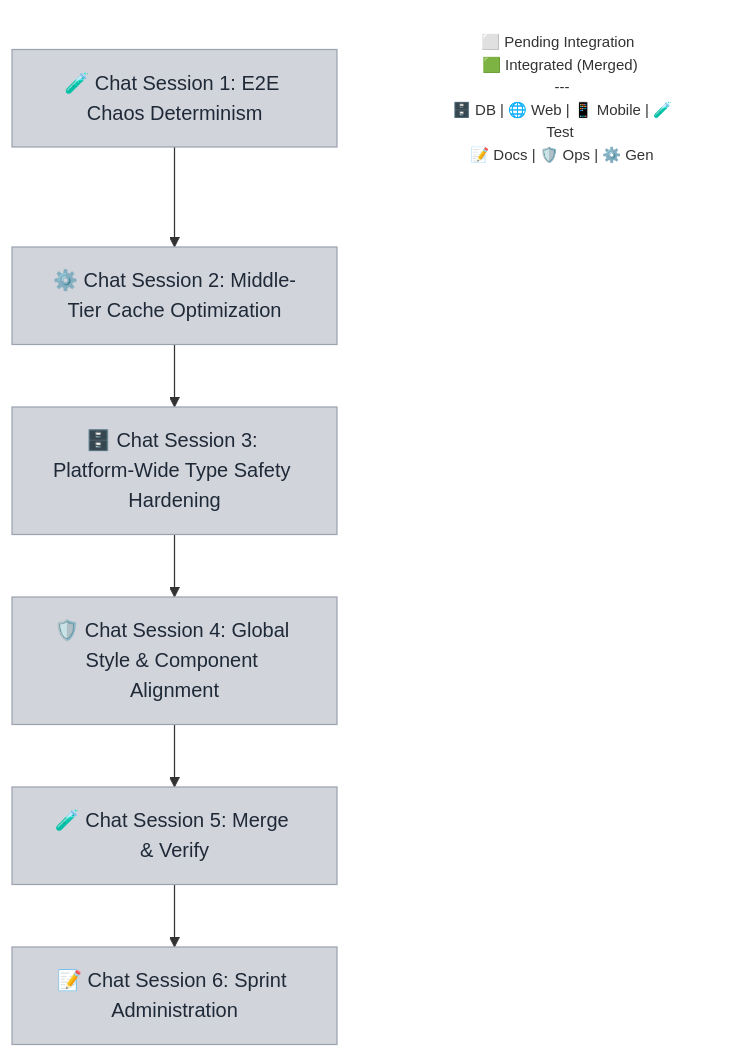
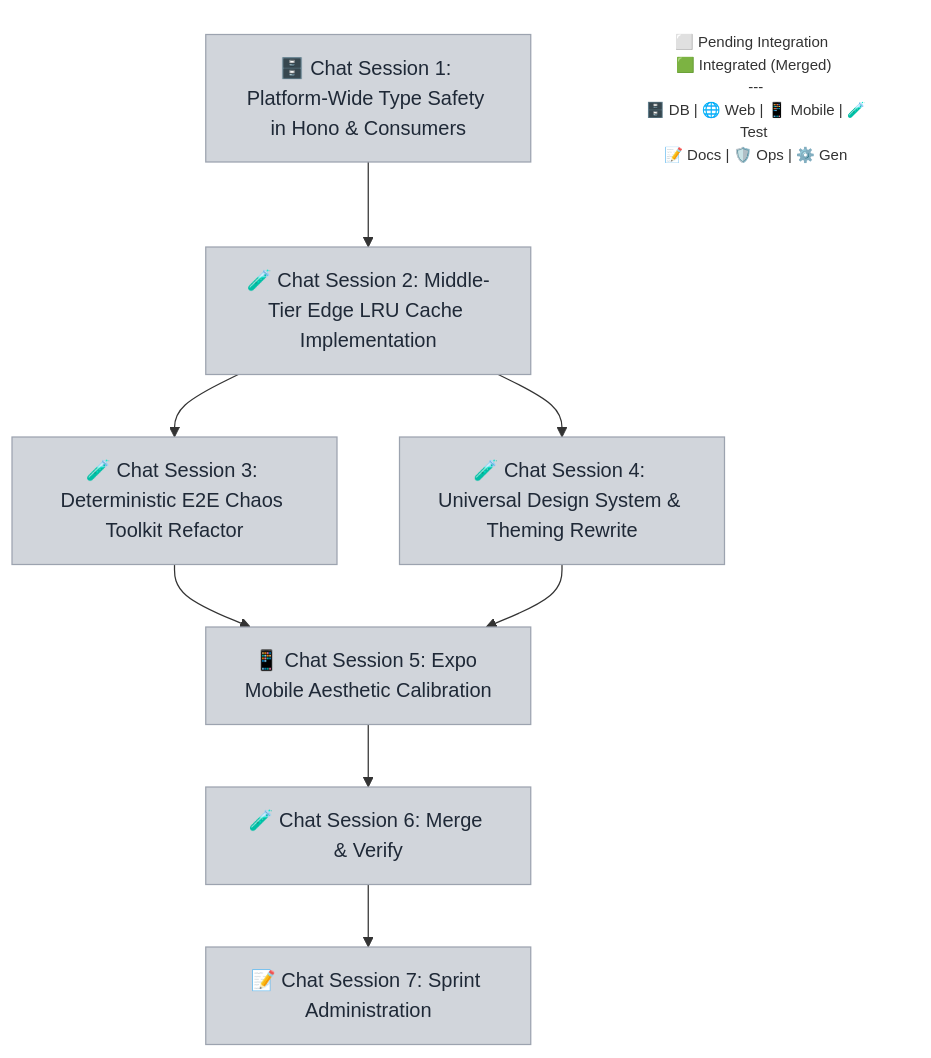
One commit to dsj1984/agent-protocols changed the diagram in playbook.md. Above: the diagram before and after it, drawn with Mermaid. The commit also changed other lines of this file and 5 other files, not shown here.

````diff
--- a/playbook.md
+++ b/playbook.md
@@ -20,25 +17,29 @@
 ```mermaid
 graph TD
-    C1["🧪 Chat Session 1: E2E Chaos Determinism"]
+    C1["🗄️ Chat Session 1: Platform-Wide Type Safety in Hono & Consumers"]
     class C1 pending
-    C2["⚙️ Chat Session 2: Middle-Tier Cache Optimization"]
+    C2["🧪 Chat Session 2: Middle-Tier Edge LRU Cache Implementation"]
     class C2 pending
-    C3["🗄️ Chat Session 3: Platform-Wide Type Safety Hardening"]
+    C3["🧪 Chat Session 3: Deterministic E2E Chaos Toolkit Refactor"]
     class C3 pending
-    C4["🛡️ Chat Session 4: Global Style & Component Alignment"]
+    C4["🧪 Chat Session 4: Universal Design System & Theming Rewrite"]
     class C4 pending
-    C5["🧪 Chat Session 5: Merge & Verify"]
+    C5["📱 Chat Session 5: Expo Mobile Aesthetic Calibration"]
     class C5 pending
-    C6["📝 Chat Session 6: Sprint Administration"]
+    C6["🧪 Chat Session 6: Merge & Verify"]
     class C6 pending
+    C7["📝 Chat Session 7: Sprint Administration"]
+    class C7 pending
     C1 --> C2
     C2 --> C3
-    C3 --> C4
+    C2 --> C4
+    C3 --> C5
     C4 --> C5
     C5 --> C6
+    C6 --> C7
     Legend["⬜ Pending Integration  <br />🟩 Integrated (Merged) <br />---<br /> 🗄️ DB | 🌐 Web | 📱 Mobile | 🧪 Test <br />📝 Docs | 🛡️ Ops | ⚙️ Gen"]:::LegendNode
     %% Style Definitions %%
     classDef pending fill:#d1d5db,stroke:#9ca3af,color:#1f2937
     classDef integrated fill:#16a34a,stroke:#059669,color:#ffffff
     classDef LegendNode fill:transparent,stroke:transparent,font-size:12px
 ```
````
